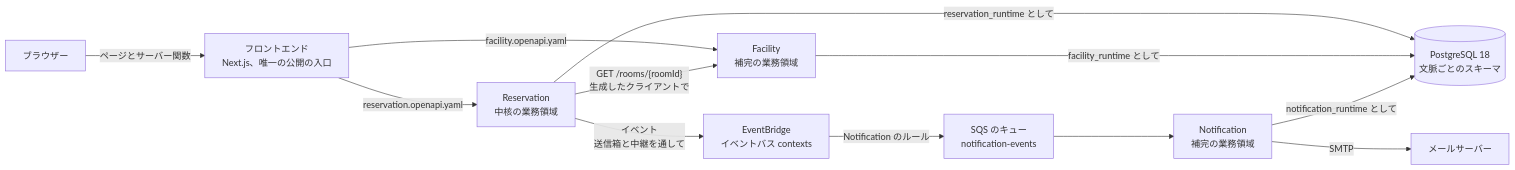
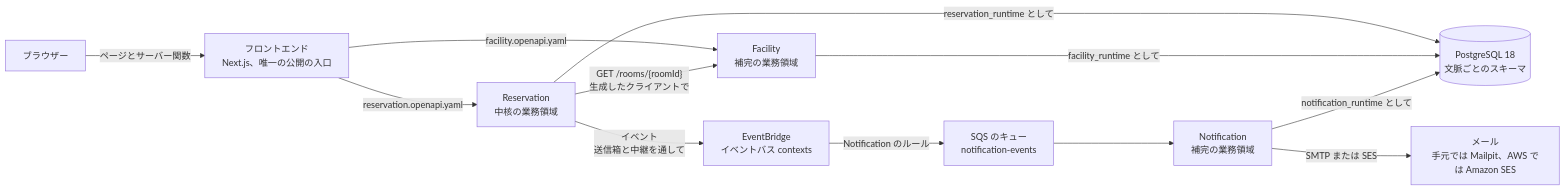
Before and after one commit to ma-chisuke/go-nextjs-ddd-monorepo: the first of 5 diagrams in ARCHITECTURE.ja.md, drawn with Mermaid. The commit also changed other lines of this file and 52 other files, not shown here.

````diff
--- a/ARCHITECTURE.ja.md
+++ b/ARCHITECTURE.ja.md
@@ -8,23 +8,23 @@
 ```mermaid
 flowchart LR
     browser["ブラウザー"]
     web["フロントエンド<br/>Next.js、唯一の公開の入口"]
     reservation["Reservation<br/>中核の業務領域"]
     facility["Facility<br/>補完の業務領域"]
     notification["Notification<br/>補完の業務領域"]
     bus["EventBridge<br/>イベントバス contexts"]
     queue["SQS のキュー<br/>notification-events"]
-    mail["メールサーバー"]
+    mail["メール<br/>手元では Mailpit、AWS では Amazon SES"]
     db[("PostgreSQL 18<br/>文脈ごとのスキーマ")]
     browser -- "ページとサーバー関数" --> web
     web -- "reservation.openapi.yaml" --> reservation
     web -- "facility.openapi.yaml" --> facility
     reservation -- "GET /rooms/{roomId}<br/>生成したクライアントで" --> facility
     reservation -- "イベント<br/>送信箱と中継を通して" --> bus
     bus -- "Notification のルール" --> queue
     queue --> notification
-    notification -- "SMTP" --> mail
+    notification -- "SMTP または SES" --> mail
     reservation -- "reservation_runtime として" --> db
     facility -- "facility_runtime として" --> db
     notification -- "notification_runtime として" --> db
 ```
````
